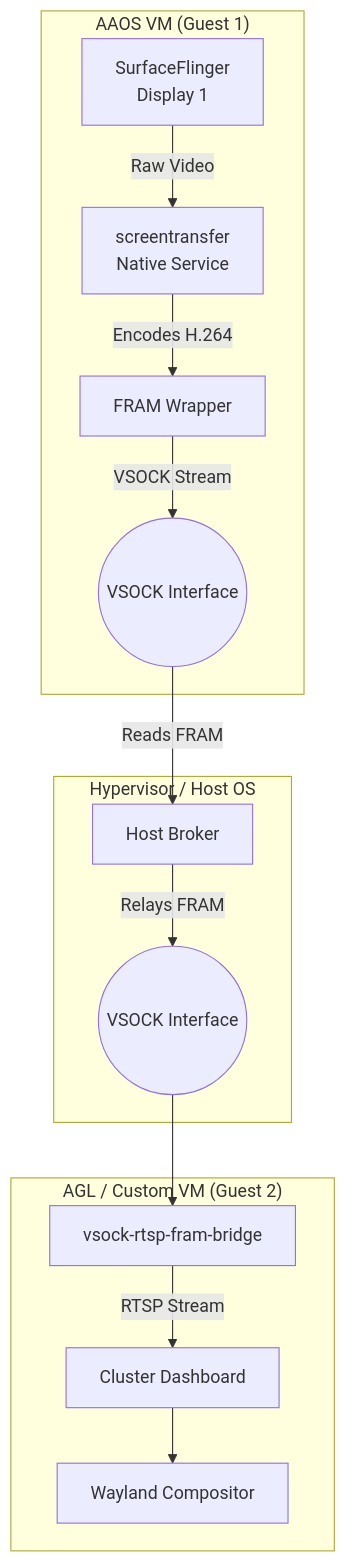
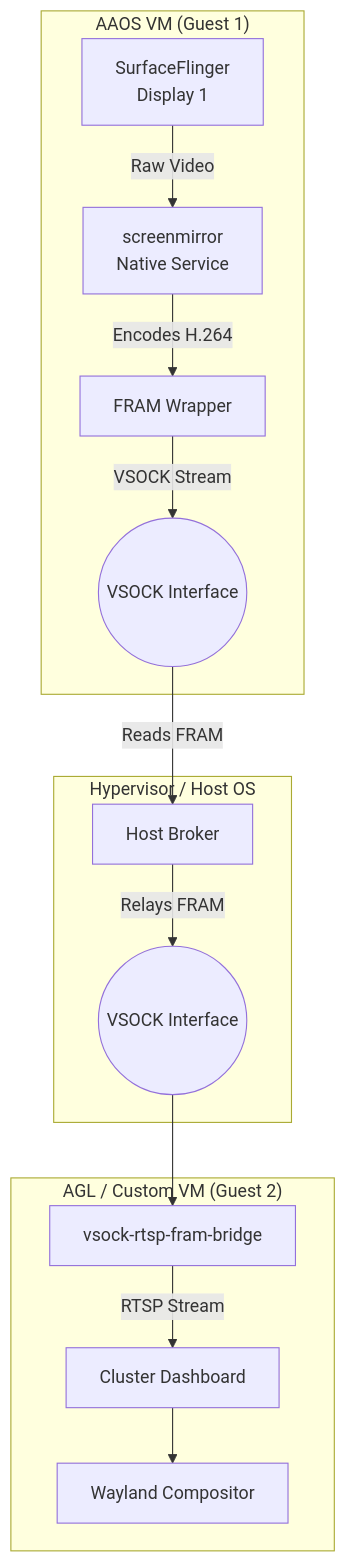
One commit to Outlander101/aaos-vsock-streamer changed the diagram in README.md. Above: the diagram before and after it, drawn with Mermaid. The commit also changed other lines of this file and 35 other files, not shown here.

````diff
--- a/README.md
+++ b/README.md
@@ -11,19 +11,19 @@
 ```mermaid
 flowchart TD
     subgraph AAOS_VM ["AAOS VM (Guest 1)"]
-        A[SurfaceFlinger<br>Display 1] -->|Raw Video| B[screentransfer<br>Native Service]
+        A[SurfaceFlinger<br>Display 1] -->|Raw Video| B[screenmirror<br>Native Service]
         B -->|Encodes H.264| C[FRAM Wrapper]
         C -->|VSOCK Stream| D((VSOCK Interface))
     end
 
     subgraph Host ["Hypervisor / Host OS"]
         D -->|Reads FRAM| E[Host Broker]
         E -->|Relays FRAM| F((VSOCK Interface))
     end
 
     subgraph Target_VM ["AGL / Custom VM (Guest 2)"]
         F --> G[vsock-rtsp-fram-bridge]
         G -->|RTSP Stream| H[Cluster Dashboard]
         H --> I[Wayland Compositor]
     end
 ```
````
